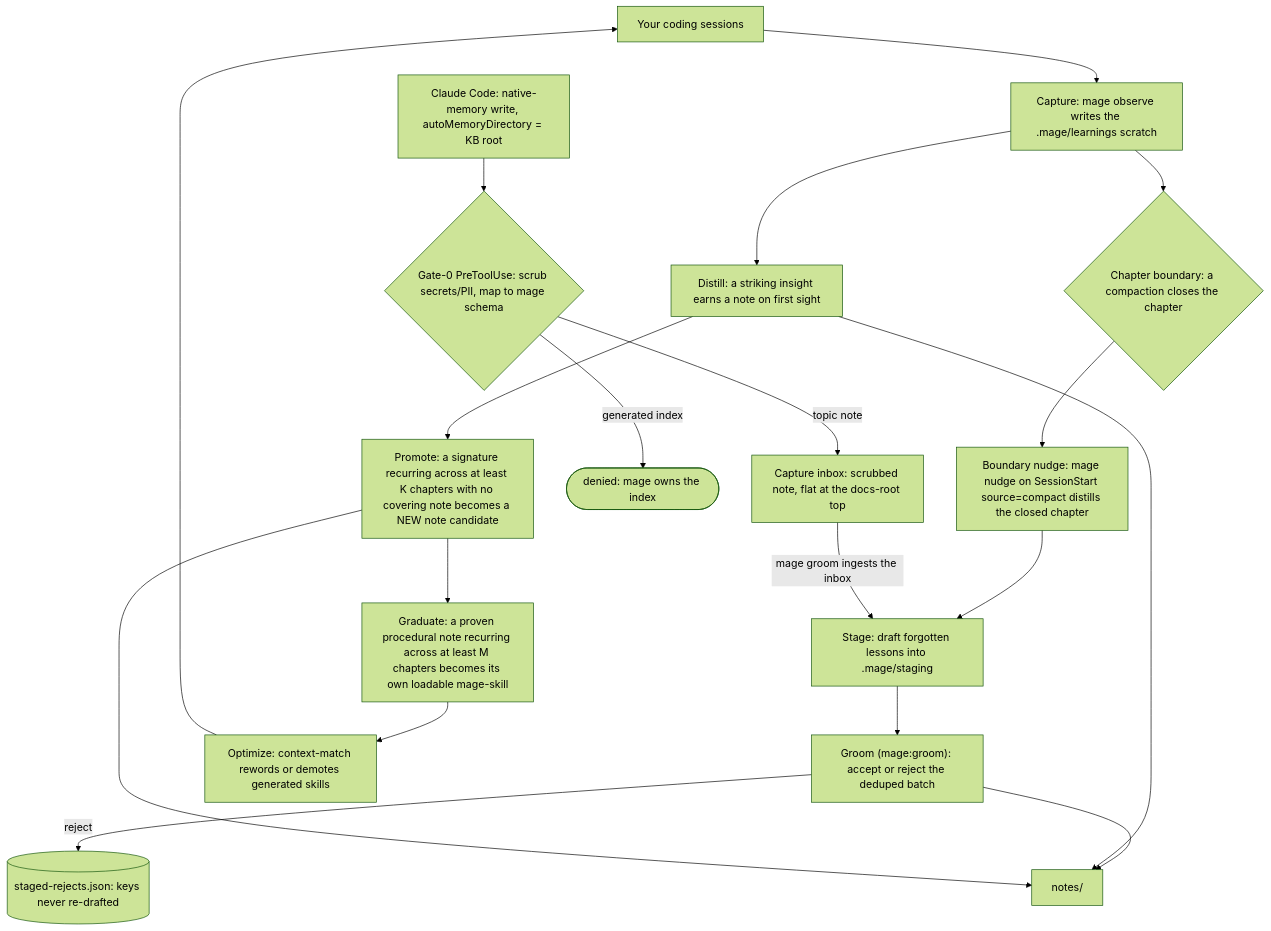
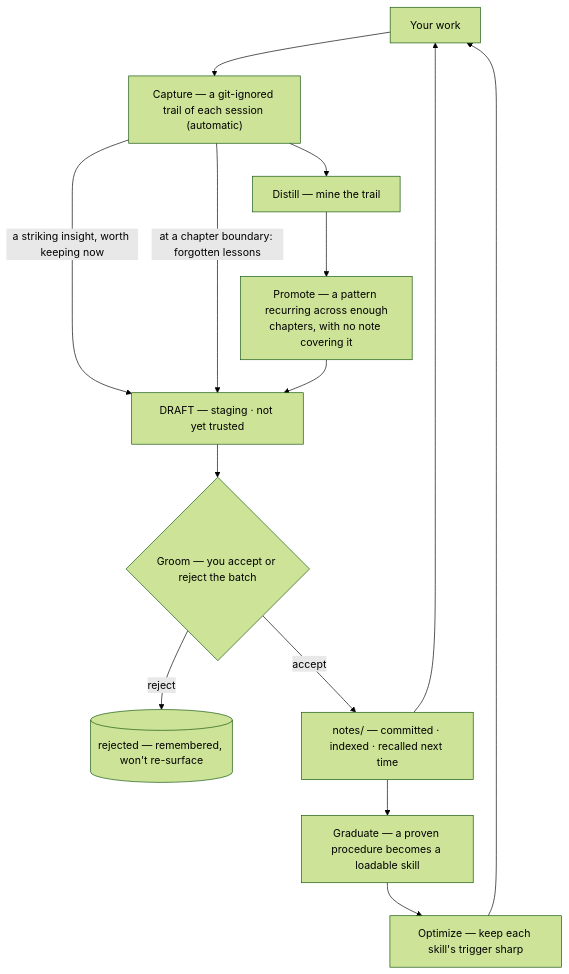
Before and after one commit to Sumit1993/mage-memory: the first of 3 diagrams in docs/src/content/docs/loop/overview.md, drawn with Mermaid (forest theme). The commit also changed other lines of this file and 5 other files, not shown here.

First line of the commit message:
docs(loop): harness-free overview + CC adapter as opt-in; channels, glossary, scenario diagrams

````diff
--- a/docs/src/content/docs/loop/overview.md
+++ b/docs/src/content/docs/loop/overview.md
@@ -19,26 +19,19 @@
 ```mermaid
 flowchart TD
-  sessions[Your coding sessions] --> observe["Capture: mage observe writes the .mage/learnings scratch"]
+  work["Your work"] --> capture["Capture — a git-ignored trail of each session (automatic)"]
 
-  observe --> boundary{"Chapter boundary: a compaction closes the chapter"}
+  capture -->|"a striking insight, worth keeping now"| draft["DRAFT — staging · not yet trusted"]
+  capture -->|"at a chapter boundary: forgotten lessons"| draft
+  capture --> Distill["Distill — mine the trail"]
+  Distill --> Promote["Promote — a pattern recurring across enough<br/>chapters, with no note covering it"]
+  Promote --> draft
 
-  boundary --> nudge["Boundary nudge: mage nudge on SessionStart source=compact distills the closed chapter"]
-  nudge --> stage["Stage: draft forgotten lessons into .mage/staging"]
-  stage --> groom["Groom (mage:groom): accept or reject the deduped batch"]
-  groom --> notes[notes/]
-  groom -->|reject| rejects[("staged-rejects.json: keys never re-drafted")]
+  draft --> groom{"Groom — you accept or reject the batch"}
+  groom -->|reject| rej[("rejected — remembered, won't re-surface")]
+  groom -->|accept| notes["notes/ — committed · indexed · recalled next time"]
 
-  observe --> distill["Distill: a striking insight earns a note on first sight"]
-  distill --> promote["Promote: a signature recurring across at least K chapters with no covering note becomes a NEW note candidate"]
-  promote --> graduate["Graduate: a proven procedural note recurring across at least M chapters becomes its own loadable mage-skill"]
-  graduate --> optimize["Optimize: context-match rewords or demotes generated skills"]
-  optimize --> sessions
-
-  distill --> notes
-  promote --> notes
-
-  ccwrite["Claude Code: native-memory write, autoMemoryDirectory = KB root"] --> gate0{"Gate-0 PreToolUse: scrub secrets/PII, map to mage schema"}
-  gate0 -->|generated index| denied(["denied: mage owns the index"])
-  gate0 -->|topic note| inbox["Capture inbox: scrubbed note, flat at the docs-root top"]
-  inbox -->|mage groom ingests the inbox| stage
+  notes --> Graduate["Graduate — a proven procedure becomes a loadable skill"]
+  Graduate --> Optimize["Optimize — keep each skill's trigger sharp"]
+  Optimize --> work
+  notes --> work
 ```
````
